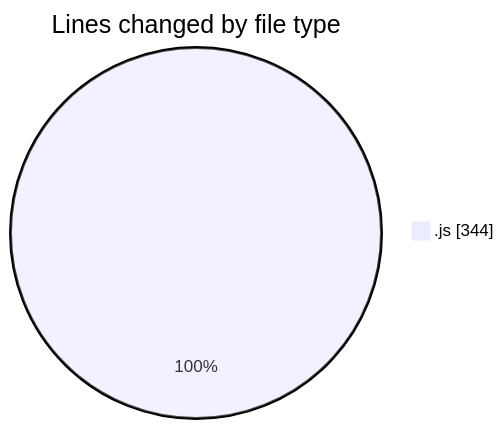
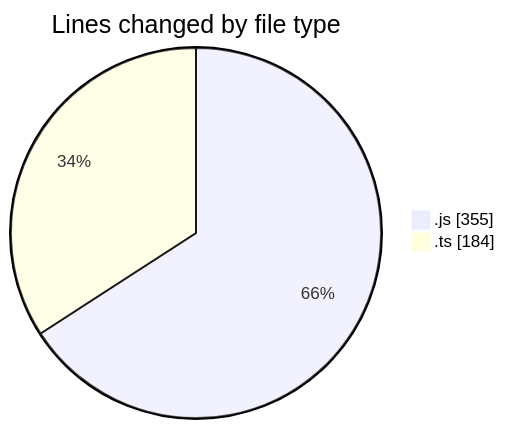
The first of 2 diagrams in 2025-05-23/cda/README.md (momahboobian/code-tracking), drawn with Mermaid before and after one commit. The commit also changed other lines of this file and 1 other file, not shown here.

````diff
--- a/2025-05-23/cda/README.md
+++ b/2025-05-23/cda/README.md
@@ -24,5 +25,6 @@
 ```mermaid
 pie showData
 title Lines changed by file type
-".js" : 344
+".js" : 355
+".ts" : 184
 ```
````
